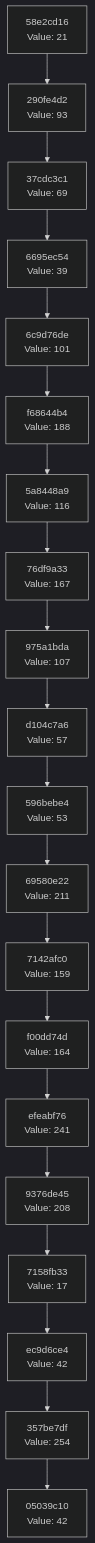
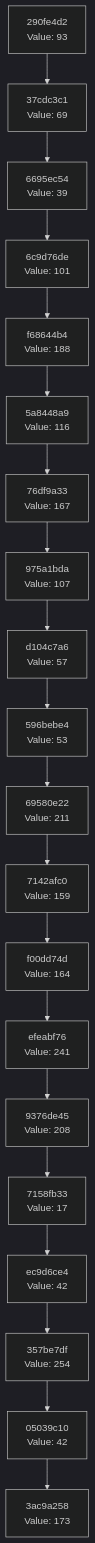
Before and after one commit to Abhisheksinha1506/hash-chain-evolver: the diagram in docs/CHAIN_VISUALIZATION.md, drawn with Mermaid (dark theme). The commit also changed 2 other files, not shown here.

Commit message:
Evolution Step

````diff
--- a/docs/CHAIN_VISUALIZATION.md
+++ b/docs/CHAIN_VISUALIZATION.md
@@ -3,42 +3,42 @@
 ```mermaid
 graph TD
-    C0["05039c10<br/>Value: 42"]
-    C1["357be7df<br/>Value: 254"]
+    C0["3ac9a258<br/>Value: 173"]
+    C1["05039c10<br/>Value: 42"]
     C1 --> C0
-    C2["ec9d6ce4<br/>Value: 42"]
+    C2["357be7df<br/>Value: 254"]
     C2 --> C1
-    C3["7158fb33<br/>Value: 17"]
+    C3["ec9d6ce4<br/>Value: 42"]
     C3 --> C2
-    C4["9376de45<br/>Value: 208"]
+    C4["7158fb33<br/>Value: 17"]
     C4 --> C3
-    C5["efeabf76<br/>Value: 241"]
+    C5["9376de45<br/>Value: 208"]
     C5 --> C4
-    C6["f00dd74d<br/>Value: 164"]
+    C6["efeabf76<br/>Value: 241"]
     C6 --> C5
-    C7["7142afc0<br/>Value: 159"]
+    C7["f00dd74d<br/>Value: 164"]
     C7 --> C6
-    C8["69580e22<br/>Value: 211"]
+    C8["7142afc0<br/>Value: 159"]
     C8 --> C7
-    C9["596bebe4<br/>Value: 53"]
+    C9["69580e22<br/>Value: 211"]
     C9 --> C8
-    C10["d104c7a6<br/>Value: 57"]
+    C10["596bebe4<br/>Value: 53"]
     C10 --> C9
-    C11["975a1bda<br/>Value: 107"]
+    C11["d104c7a6<br/>Value: 57"]
     C11 --> C10
-    C12["76df9a33<br/>Value: 167"]
+    C12["975a1bda<br/>Value: 107"]
     C12 --> C11
-    C13["5a8448a9<br/>Value: 116"]
+    C13["76df9a33<br/>Value: 167"]
     C13 --> C12
-    C14["f68644b4<br/>Value: 188"]
+    C14["5a8448a9<br/>Value: 116"]
     C14 --> C13
-    C15["6c9d76de<br/>Value: 101"]
+    C15["f68644b4<br/>Value: 188"]
     C15 --> C14
-    C16["6695ec54<br/>Value: 39"]
+    C16["6c9d76de<br/>Value: 101"]
     C16 --> C15
-    C17["37cdc3c1<br/>Value: 69"]
+    C17["6695ec54<br/>Value: 39"]
     C17 --> C16
-    C18["290fe4d2<br/>Value: 93"]
+    C18["37cdc3c1<br/>Value: 69"]
     C18 --> C17
-    C19["58e2cd16<br/>Value: 21"]
+    C19["290fe4d2<br/>Value: 93"]
     C19 --> C18
 ```
````
